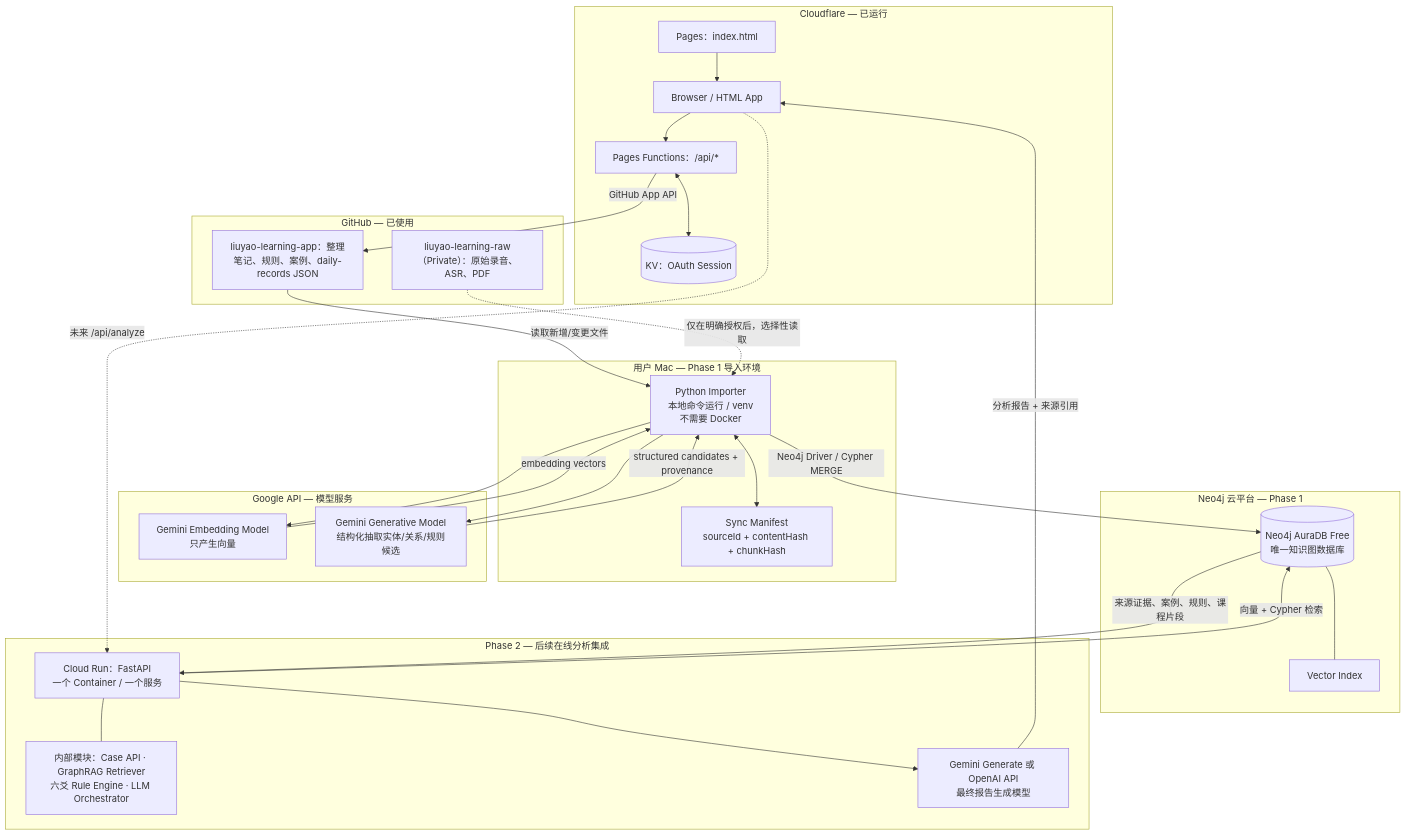
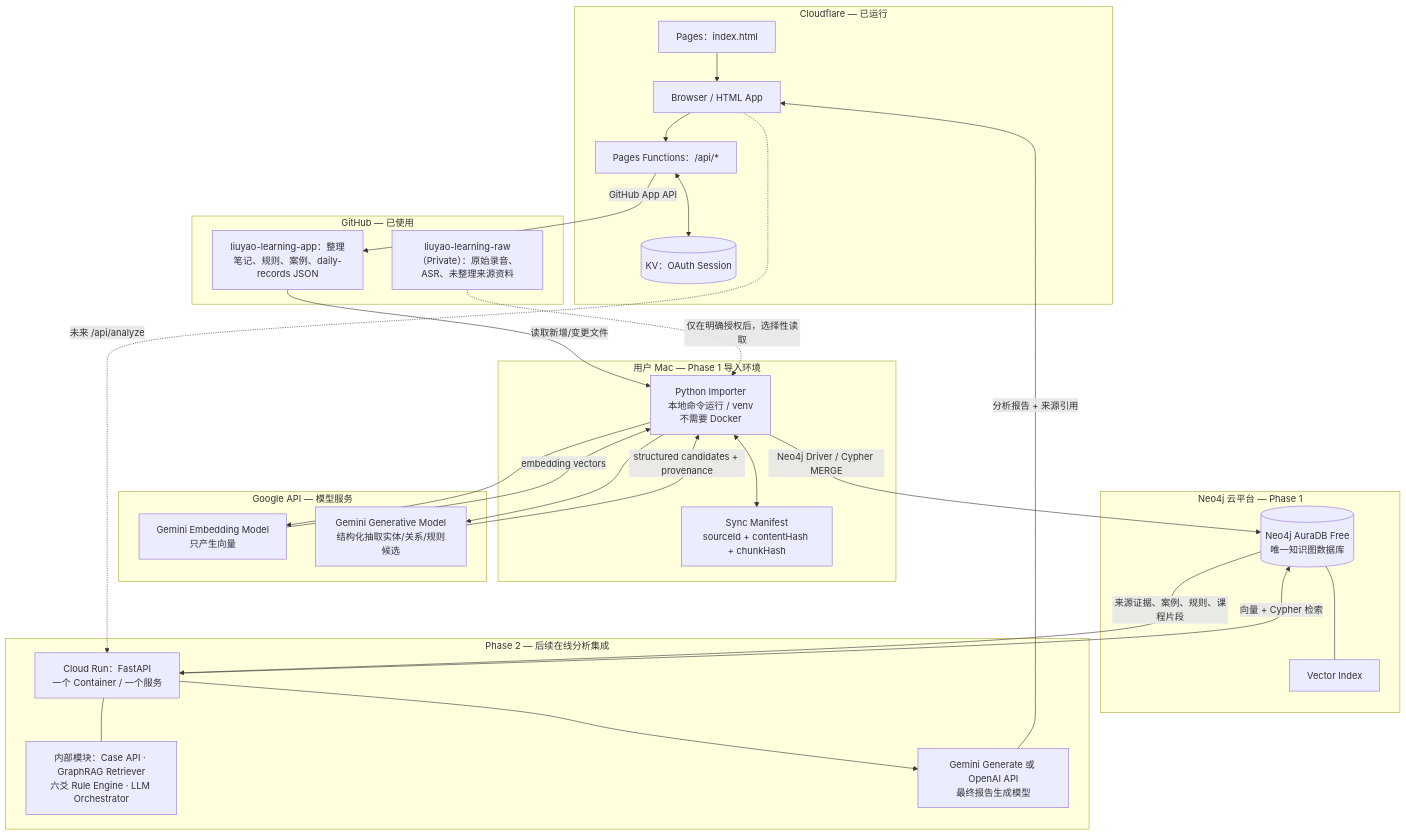
The diagram in docs/phase1-operating-model.md (symbi/liuyao-learning-app), drawn with Mermaid before and after one commit. The commit also changed other lines of this file, not shown here.

Commit message:
docs: remove PDF as current input assumption

````diff
--- a/docs/phase1-operating-model.md
+++ b/docs/phase1-operating-model.md
@@ -17,53 +17,53 @@
 ```mermaid
 flowchart TB
   B["Browser / HTML App"]
   subgraph CF["Cloudflare — 已运行"]
     P["Pages：index.html"]
     F["Pages Functions：/api/*"]
     K[("KV：OAuth Session")]
     P --> B
     B --> F
     F <--> K
   end
   subgraph GH["GitHub — 已使用"]
     L["liuyao-learning-app：整理笔记、规则、案例、daily-records JSON"]
-    R["liuyao-learning-raw（Private）：原始录音、ASR、PDF"]
+    R["liuyao-learning-raw（Private）：原始录音、ASR、未整理来源资料"]
   end
   F -->|"GitHub App API"| L
 
   subgraph MAC["用户 Mac — Phase 1 导入环境"]
     I["Python Importer<br/>本地命令运行 / venv<br/>不需要 Docker"]
     M["Sync Manifest<br/>sourceId + contentHash + chunkHash"]
   end
   L -->|"读取新增/变更文件"| I
   R -.->|"仅在明确授权后，选择性读取"| I
   I <--> M
 
   subgraph GOOGLE["Google API — 模型服务"]
     E["Gemini Embedding Model<br/>只产生向量"]
     G["Gemini Generative Model<br/>结构化抽取实体/关系/规则候选"]
   end
   I --> E
   I --> G
 
   subgraph NEO["Neo4j 云平台 — Phase 1"]
     A[("Neo4j AuraDB Free<br/>唯一知识图数据库")]
     V["Vector Index"]
     A --- V
   end
   E -->|"embedding vectors"| I
   G -->|"structured candidates + provenance"| I
   I -->|"Neo4j Driver / Cypher MERGE"| A
 
   subgraph P2["Phase 2 — 后续在线分析集成"]
     API["Cloud Run：FastAPI<br/>一个 Container / 一个服务"]
     MOD["内部模块：Case API · GraphRAG Retriever<br/>六爻 Rule Engine · LLM Orchestrator"]
     API --- MOD
     Q["Gemini Generate 或 OpenAI API<br/>最终报告生成模型"]
     API --> Q
   end
   B -.->|"未来 /api/analyze"| API
   API -->|"向量 + Cypher 检索"| A
   A -->|"来源证据、案例、规则、课程片段"| API
   Q -->|"分析报告 + 来源引用"| B
 ```
````
